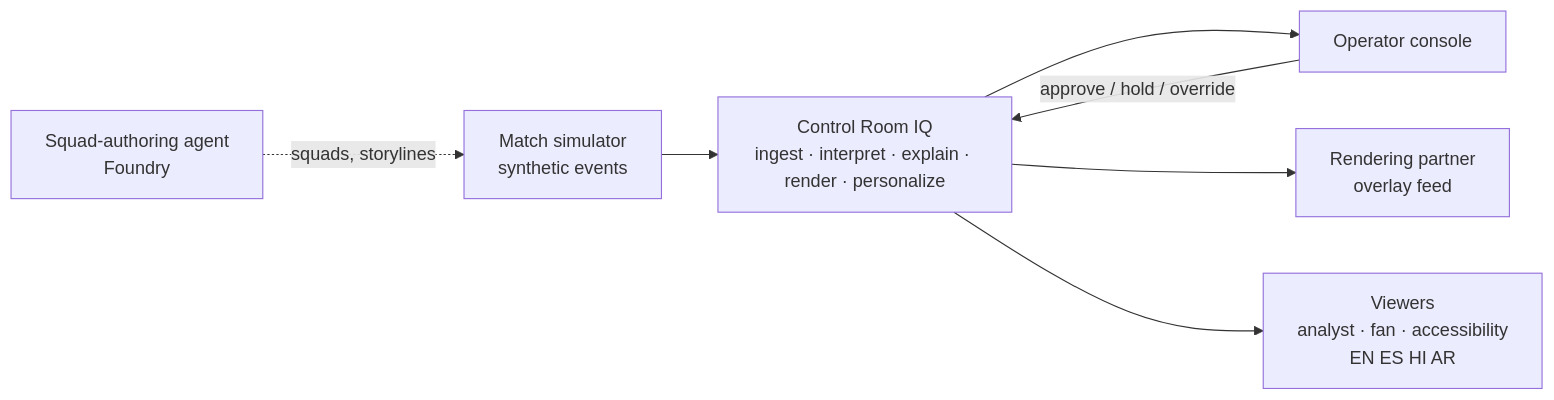
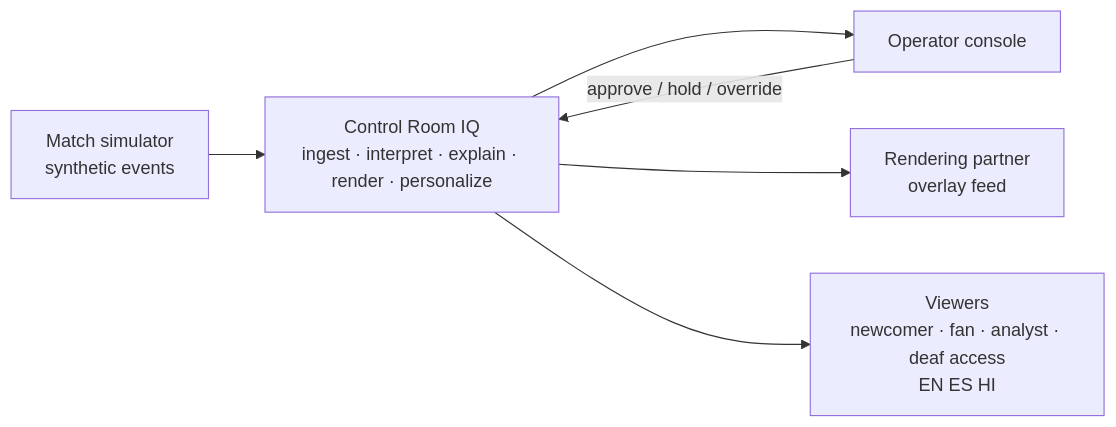
Before and after one commit to SwamiBB/control-room-iq: the first of 4 diagrams in docs/ARCHITECTURE.md, drawn with Mermaid. The commit also changed other lines of this file and 13 other files, not shown here.

````diff
--- a/docs/ARCHITECTURE.md
+++ b/docs/ARCHITECTURE.md
@@ -8,9 +8,8 @@
 ```mermaid
 flowchart LR
     SIM[Match simulator<br/>synthetic events] --> SYS[Control Room IQ<br/>ingest · interpret · explain · render · personalize]
-    SQA[Squad-authoring agent<br/>Foundry] -. squads, storylines .-> SIM
     SYS --> OP[Operator console]
     SYS --> RP[Rendering partner<br/>overlay feed]
-    SYS --> VW[Viewers<br/>analyst · fan · accessibility<br/>EN ES HI AR]
+    SYS --> VW[Viewers<br/>newcomer · fan · analyst · deaf access<br/>EN ES HI]
     OP -- approve / hold / override --> SYS
 ```
````
